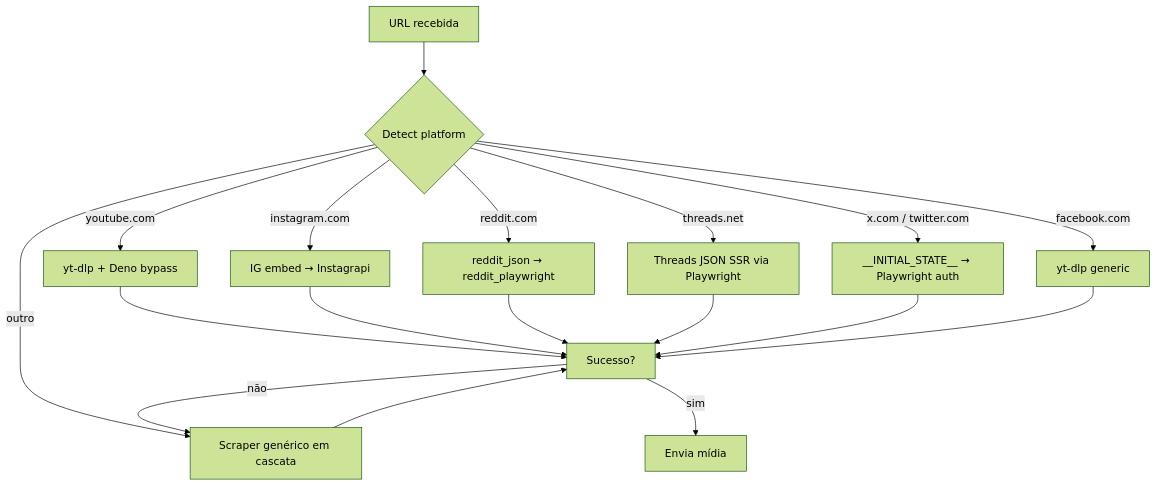
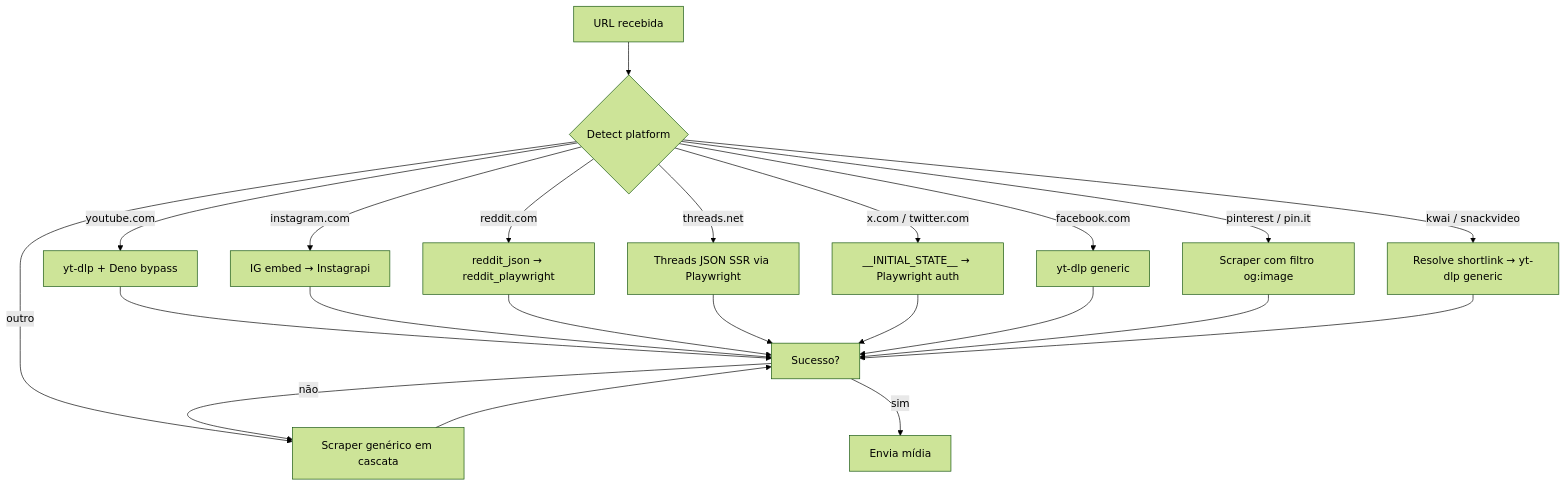
The diagram in docs/platforms/index.md (lordaztur/mediaraven), drawn with Mermaid (forest theme) before and after one commit. The commit also changed other lines of this file and 10 other files, not shown here.

````diff
--- a/docs/platforms/index.md
+++ b/docs/platforms/index.md
@@ -7,20 +7,24 @@
 ```mermaid
 flowchart TD
     A[URL recebida] --> B{Detect platform}
     B -->|youtube.com| YT[yt-dlp + Deno bypass]
     B -->|instagram.com| IG[IG embed → Instagrapi]
     B -->|reddit.com| RD[reddit_json → reddit_playwright]
     B -->|threads.net| TH[Threads JSON SSR via Playwright]
     B -->|x.com / twitter.com| X[__INITIAL_STATE__ → Playwright auth]
     B -->|facebook.com| FB[yt-dlp generic]
+    B -->|pinterest / pin.it| PIN[Scraper com filtro og:image]
+    B -->|kwai / snackvideo| KW[Resolve shortlink → yt-dlp generic]
     B -->|outro| SC[Scraper genérico em cascata]
     YT --> S[Sucesso?]
     IG --> S
     RD --> S
     TH --> S
     X --> S
     FB --> S
+    PIN --> S
+    KW --> S
     SC --> S
     S -->|não| SC
     S -->|sim| OK[Envia mídia]
 ```
````
